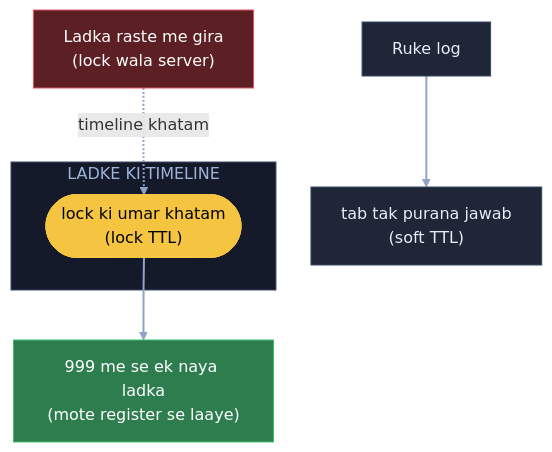
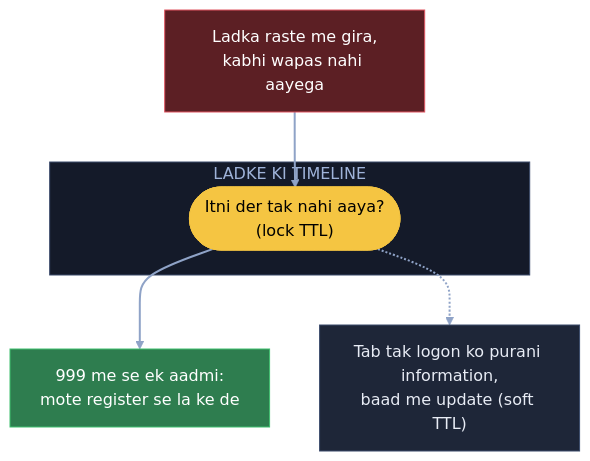
The sixth of 13 diagrams in 04_HLD/SYSTEM_DESIGNS/01_url_shortener/01_url_shortener.md (ArpanMaheshwari144/Prep), drawn with Mermaid before and after one commit. The commit also changed other lines of this file, not shown here.

Commit message:
URL: 13 diagram hand notes ke shabdon se (K4 naya), K7 / K12 kahani notes jaisi

````diff
--- a/04_HLD/SYSTEM_DESIGNS/01_url_shortener/01_url_shortener.md
+++ b/04_HLD/SYSTEM_DESIGNS/01_url_shortener/01_url_shortener.md
@@ -155,19 +174,18 @@
 ```mermaid
 flowchart TB
-    L["Ladka raste me gira<br/>(lock wala server)"]:::bad
-    subgraph T["LADKE KI TIMELINE"]
-        TT(["lock ki umar khatam<br/>(lock TTL)"]):::pill
+    L["Ladka raste me gira,<br/>kabhi wapas nahi aayega"]:::bad
+    subgraph TL["LADKE KI TIMELINE"]
+        T(["Itni der tak nahi aaya?<br/>(lock TTL)"]):::pill
     end
-    N["999 me se ek naya ladka<br/>(mote register se laaye)"]:::good
-    U["Ruke log"]:::card
-    O["tab tak purana jawab<br/>(soft TTL)"]:::card
-    L -. "timeline khatam" .-> TT
-    TT --> N
-    U --> O
+    A["999 me se ek aadmi:<br/>mote register se la ke de"]:::good
+    P["Tab tak logon ko purani information,<br/>baad me update (soft TTL)"]:::card
+    L --> T
+    T --> A
+    T -.-> P
     linkStyle default stroke:#8fa3c7,stroke-width:2px
     classDef card fill:#1e2638,stroke:#3a4a6b,color:#e8ecf5
     classDef pill fill:#f5c542,stroke:#f5c542,color:#000
     classDef good fill:#2e7d4f,stroke:#3fbf6f,color:#fff
     classDef bad fill:#5c1f24,stroke:#e05561,color:#fff
-    style T fill:#141a29,stroke:#3a4a6b,color:#9fb3d9
+    style TL fill:#141a29,stroke:#3a4a6b,color:#9fb3d9
 ```
````
